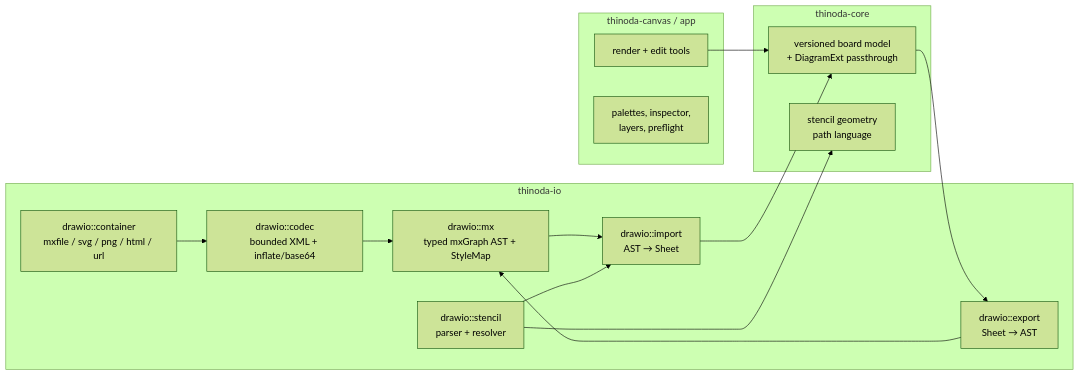
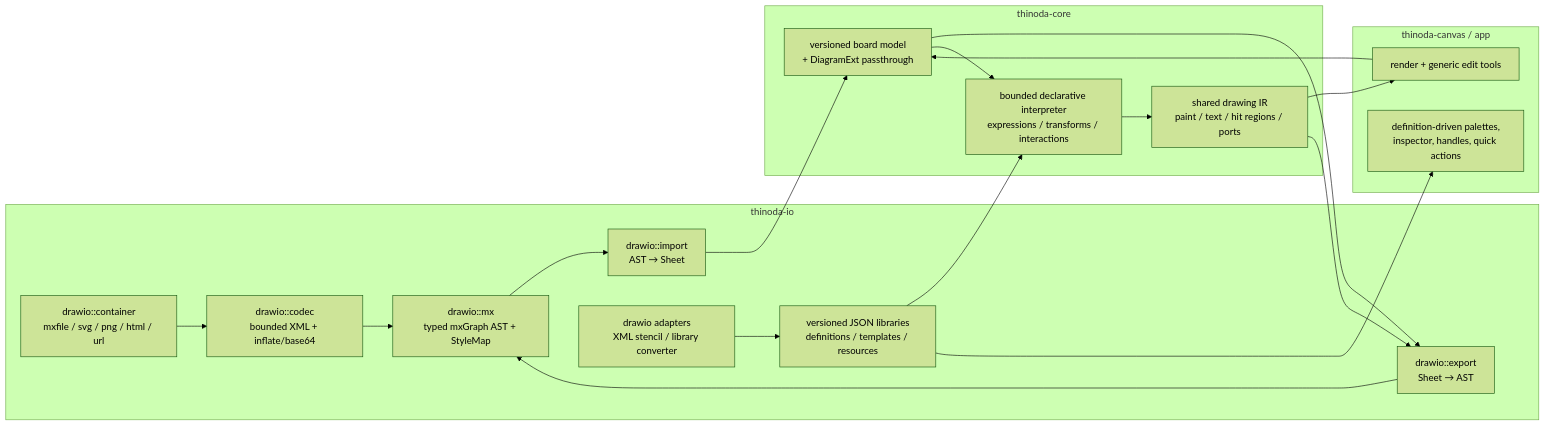
One commit to AxelWol/Thinoda changed the diagram in docs/DRAWIO.md. Above: the diagram before and after it, drawn with Mermaid (forest theme). The commit also changed other lines of this file and 1 other file, not shown here.

First line of the commit message:
docs(drawio): require a declarative JSON stencil interpreter

````diff
--- a/docs/DRAWIO.md
+++ b/docs/DRAWIO.md
@@ -157,21 +163,28 @@
 ```mermaid
 flowchart LR
   subgraph thinoda-io
     C[drawio::container<br/>mxfile / svg / png / html / url] --> X[drawio::codec<br/>bounded XML + inflate/base64]
     X --> M[drawio::mx<br/>typed mxGraph AST + StyleMap]
     M --> I[drawio::import<br/>AST → Sheet]
     E[drawio::export<br/>Sheet → AST] --> M
-    S[drawio::stencil<br/>parser + resolver] --> I
+    S[drawio adapters<br/>XML stencil / library converter] --> J
   end
+  J[versioned JSON libraries<br/>definitions / templates / resources]
   subgraph thinoda-core
     B[versioned board model<br/>+ DiagramExt passthrough]
-    G[stencil geometry<br/>path language]
+    G[bounded declarative interpreter<br/>expressions / transforms / interactions]
+    D[shared drawing IR<br/>paint / text / hit regions / ports]
   end
   I --> B
   B --> E
-  S --> G
+  J --> G
+  B --> G
+  G --> D
   subgraph thinoda-canvas / app
-    R[render + edit tools] --> B
-    UI[palettes, inspector,<br/>layers, preflight]
+    R[render + generic edit tools] --> B
+    UI[definition-driven palettes,<br/>inspector, handles, quick actions]
   end
+  D --> R
+  D --> E
+  J --> UI
 ```
````
